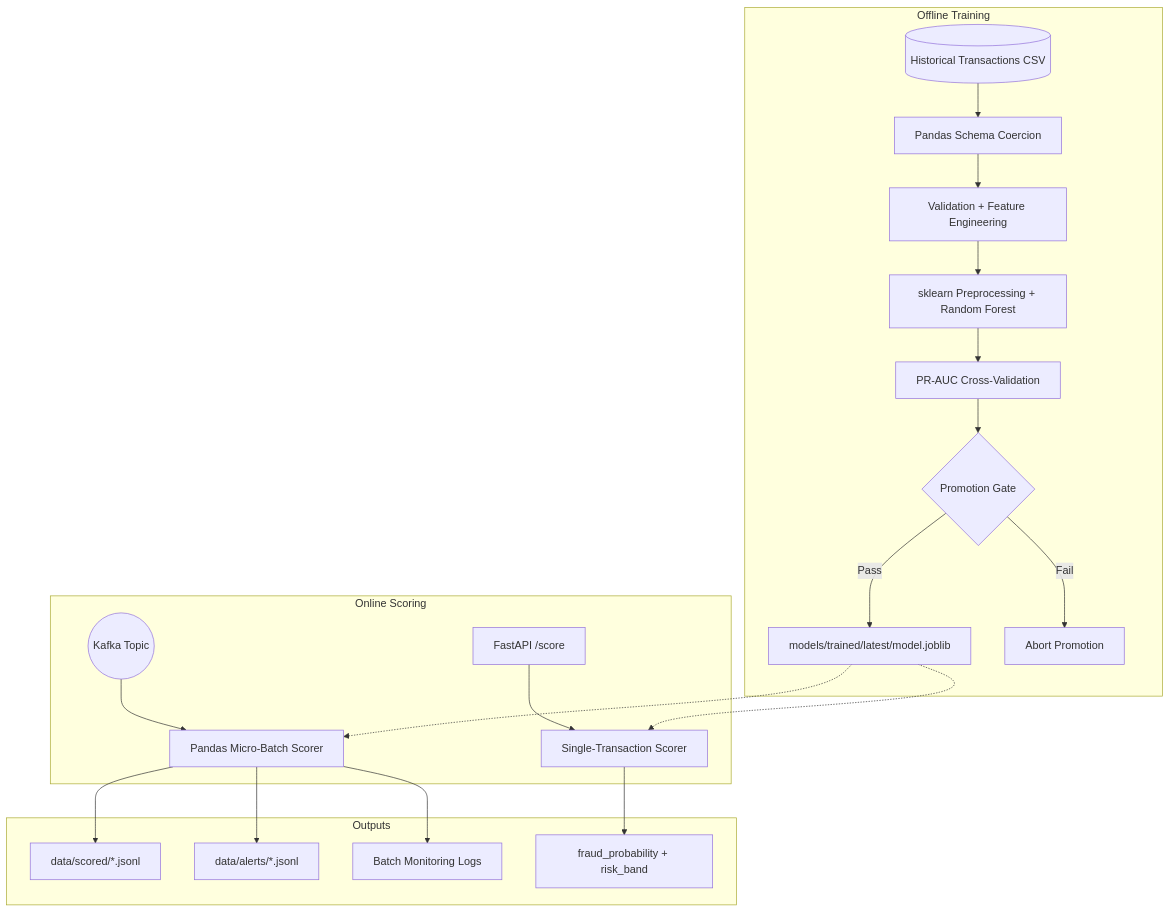
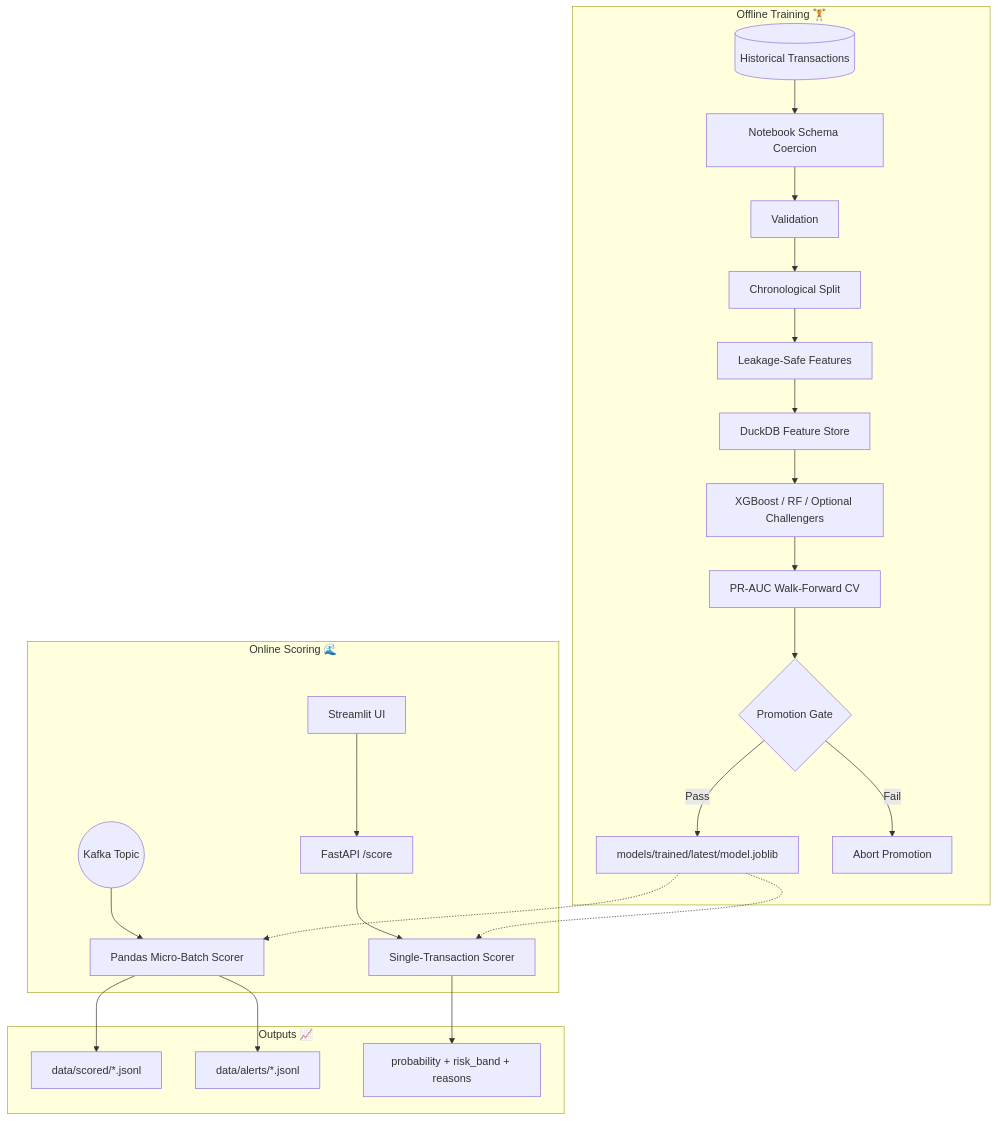
The diagram in README.md (Prithwijit24/credit_card_fraud_detection), drawn with Mermaid before and after one commit. The commit also changed other lines of this file and 179 other files, not shown here.

````diff
--- a/README.md
+++ b/README.md
@@ -16,26 +12,29 @@
 ```mermaid
 graph TD
-    subgraph "Offline Training"
-        A[(Historical Transactions CSV)] --> B[Pandas Schema Coercion]
-        B --> C[Validation + Feature Engineering]
-        C --> D[sklearn Preprocessing + Random Forest]
-        D --> E[PR-AUC Cross-Validation]
-        E --> F{Promotion Gate}
-        F -->|Pass| G[models/trained/latest/model.joblib]
-        F -->|Fail| H[Abort Promotion]
+    subgraph "Offline Training 🏋️"
+        A[(Historical Transactions)] --> B[Notebook Schema Coercion]
+        B --> C[Validation]
+        C --> D[Chronological Split]
+        D --> E[Leakage-Safe Features]
+        E --> F[DuckDB Feature Store]
+        F --> G[XGBoost / RF / Optional Challengers]
+        G --> H[PR-AUC Walk-Forward CV]
+        H --> I{Promotion Gate}
+        I -->|Pass| J[models/trained/latest/model.joblib]
+        I -->|Fail| K[Abort Promotion]
     end
 
-    subgraph "Online Scoring"
-        I((Kafka Topic)) --> J[Pandas Micro-Batch Scorer]
-        K[FastAPI /score] --> L[Single-Transaction Scorer]
-        G -.-> J
-        G -.-> L
+    subgraph "Online Scoring 🌊"
+        L((Kafka Topic)) --> M[Pandas Micro-Batch Scorer]
+        N[FastAPI /score] --> O[Single-Transaction Scorer]
+        P[Streamlit UI] --> N
+        J -.-> M
+        J -.-> O
     end
 
-    subgraph "Outputs"
-        J --> M[data/scored/*.jsonl]
-        J --> N[data/alerts/*.jsonl]
-        J --> O[Batch Monitoring Logs]
-        L --> P[fraud_probability + risk_band]
+    subgraph "Outputs 📈"
+        M --> Q[data/scored/*.jsonl]
+        M --> R[data/alerts/*.jsonl]
+        O --> S[probability + risk_band + reasons]
     end
 ```
````
